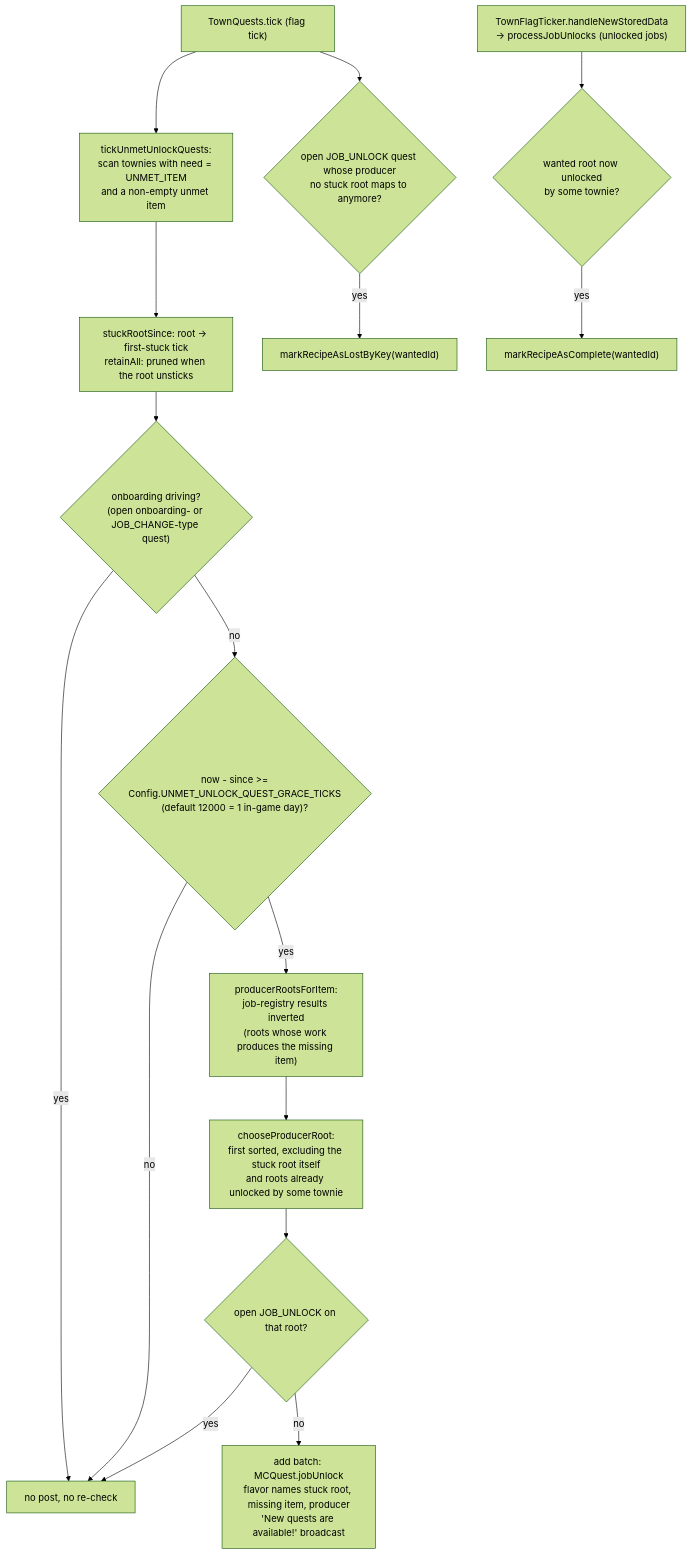
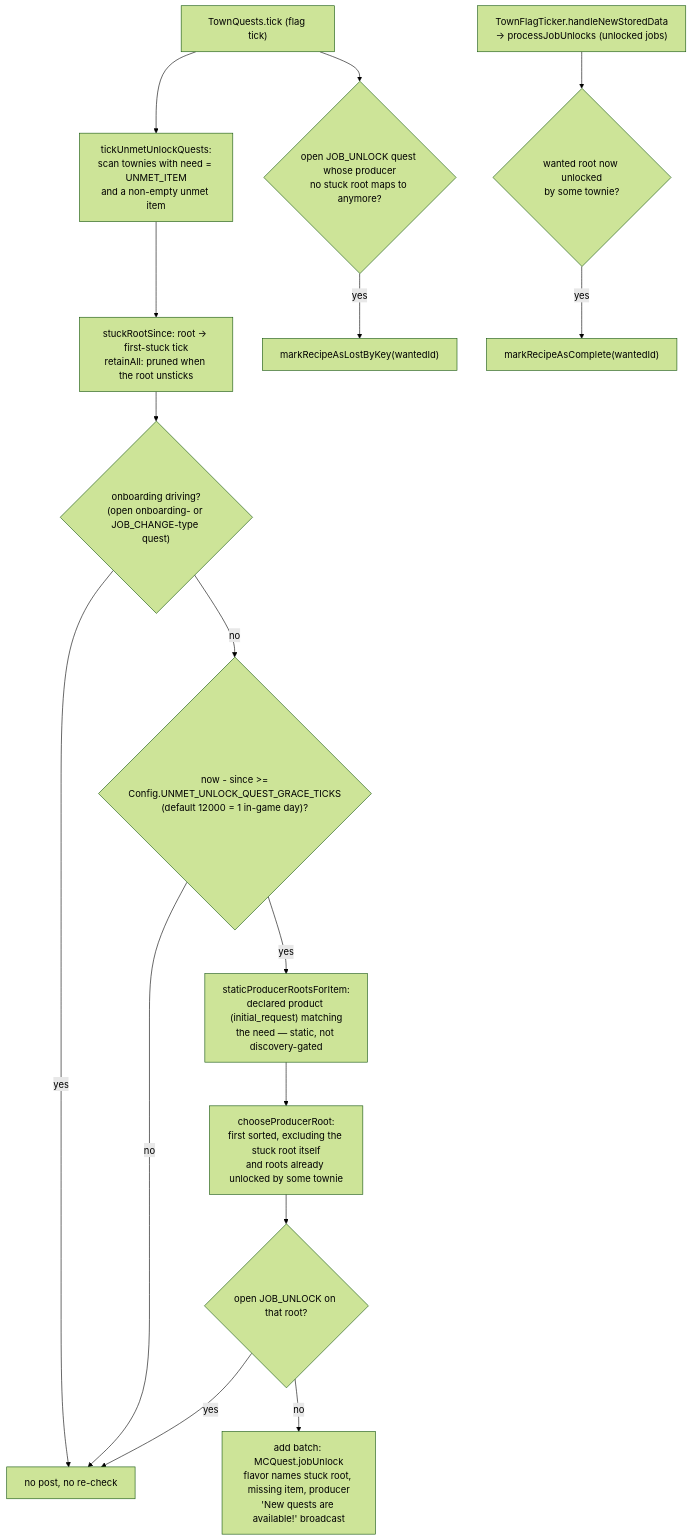
One commit to bradsk88/Questown changed the ninth of 10 diagrams in src/main/java/ca/bradj/questown/town/entity/COMPLEX.md. Above: the diagram before and after it, drawn with Mermaid (forest theme). The commit also changed other lines of this file and 4 other files, not shown here.

````diff
--- a/src/main/java/ca/bradj/questown/town/entity/COMPLEX.md
+++ b/src/main/java/ca/bradj/questown/town/entity/COMPLEX.md
@@ -219,20 +219,20 @@
 ```mermaid
 flowchart TD
     Tick["TownQuests.tick (flag tick)"] --> Scan["tickUnmetUnlockQuests:\nscan townies with need = UNMET_ITEM\nand a non-empty unmet item"]
     Scan --> Since["stuckRootSince: root -> first-stuck tick\nretainAll: pruned when the root unsticks"]
     Since --> Gate{"onboarding driving?\n(open onboarding- or JOB_CHANGE-type quest)"}
     Gate -- yes --> Hold["no post, no re-check"]
     Gate -- no --> Grace{"now - since >=\nConfig.UNMET_UNLOCK_QUEST_GRACE_TICKS\n(default 12000 = 1 in-game day)?"}
     Grace -- no --> Hold
-    Grace -- yes --> Prod["producerRootsForItem:\njob-registry results inverted\n(roots whose work produces the missing item)"]
+    Grace -- yes --> Prod["staticProducerRootsForItem:\ndeclared product (initial_request) matching\nthe need — static, not discovery-gated"]
     Prod --> Pick["chooseProducerRoot:\nfirst sorted, excluding the stuck root itself\nand roots already unlocked by some townie"]
     Pick --> Dup{"open JOB_UNLOCK on that root?"}
     Dup -- yes --> Hold
     Dup -- no --> Post["add batch: MCQuest.jobUnlock\nflavor names stuck root, missing item, producer\n'New quests are available!' broadcast"]
 
     Unl["TownFlagTicker.handleNewStoredData\n-> processJobUnlocks (unlocked jobs)"] --> Match{"wanted root now unlocked\nby some townie?"}
     Match -- yes --> Done["markRecipeAsComplete(wantedId)"]
 
     Tick --> Lose{"open JOB_UNLOCK quest whose producer\nno stuck root maps to anymore?"}
     Lose -- yes --> Lost["markRecipeAsLostByKey(wantedId)"]
 ```
````
